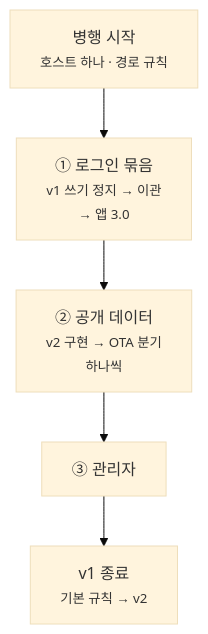
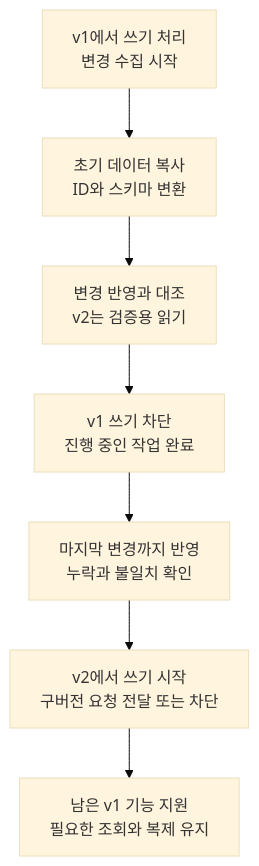
The fifth of 5 diagrams in src/content/blog/strangler-fig-redesign.md (oownahcohc/oownahcohc.github.io), drawn with Mermaid (base theme) before and after one commit. The commit also changed other lines of this file, not shown here.

Commit message:
Strangler Fig 회고에 데이터 동기화와 전환 비용을 반영한다

````diff
--- a/src/content/blog/strangler-fig-redesign.md
+++ b/src/content/blog/strangler-fig-redesign.md
@@ -196,7 +279,9 @@
 ```mermaid
 flowchart TB
-    S0["병행 시작<br/><small>호스트 하나 · 경로 규칙</small>"] --> S1["① 로그인 묶음<br/><small>v1 쓰기 정지 → 이관<br/>→ 앱 3.0</small>"]
-    S1 --> S2["② 공개 데이터<br/><small>v2 구현 → OTA 분기<br/>하나씩</small>"]
-    S2 --> S3["③ 관리자"]
-    S3 --> S4["v1 종료<br/><small>기본 규칙 → v2</small>"]
+    A["v1에서 쓰기 처리<br/>변경 수집 시작"] --> B["초기 데이터 복사<br/>ID와 스키마 변환"]
+    B --> C["변경 반영과 대조<br/>v2는 검증용 읽기"]
+    C --> D["v1 쓰기 차단<br/>진행 중인 작업 완료"]
+    D --> E["마지막 변경까지 반영<br/>누락과 불일치 확인"]
+    E --> F["v2에서 쓰기 시작<br/>구버전 요청 전달 또는 차단"]
+    F --> G["남은 v1 기능 지원<br/>필요한 조회와 복제 유지"]
 ```
````
